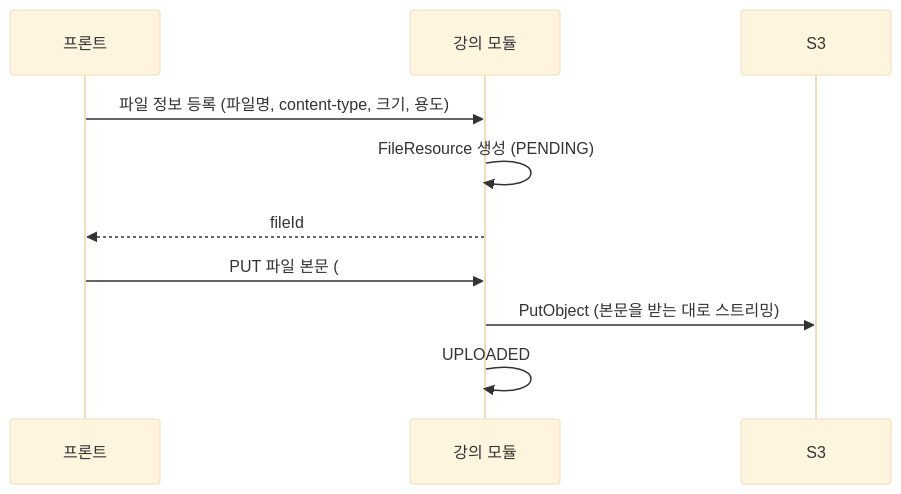
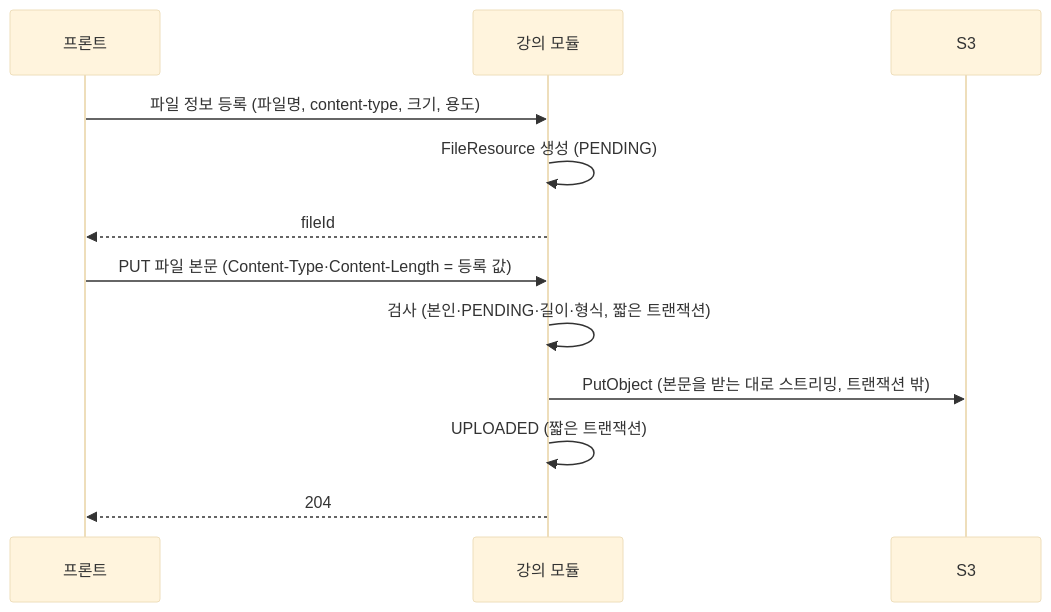
The third of 9 diagrams in docs/design/lecture-module.md (prgrms-be-adv-devcourse/beadv8_8_LMS_BE), drawn with Mermaid (base theme) before and after one commit. The commit also changed other lines of this file and 14 other files, not shown here.

````diff
--- a/docs/design/lecture-module.md
+++ b/docs/design/lecture-module.md
@@ -158,12 +158,14 @@
 ```mermaid
 sequenceDiagram
     participant FE as 프론트
     participant LEC as 강의 모듈
     participant S3
     FE->>LEC: 파일 정보 등록 (파일명, content-type, 크기, 용도)
     LEC->>LEC: FileResource 생성 (PENDING)
     LEC-->>FE: fileId
-    FE->>LEC: PUT 파일 본문 (#107)
-    LEC->>S3: PutObject (본문을 받는 대로 스트리밍)
-    LEC->>LEC: UPLOADED
+    FE->>LEC: PUT 파일 본문 (Content-Type·Content-Length = 등록 값)
+    LEC->>LEC: 검사 (본인·PENDING·길이·형식, 짧은 트랜잭션)
+    LEC->>S3: PutObject (본문을 받는 대로 스트리밍, 트랜잭션 밖)
+    LEC->>LEC: UPLOADED (짧은 트랜잭션)
+    LEC-->>FE: 204
 ```
````
